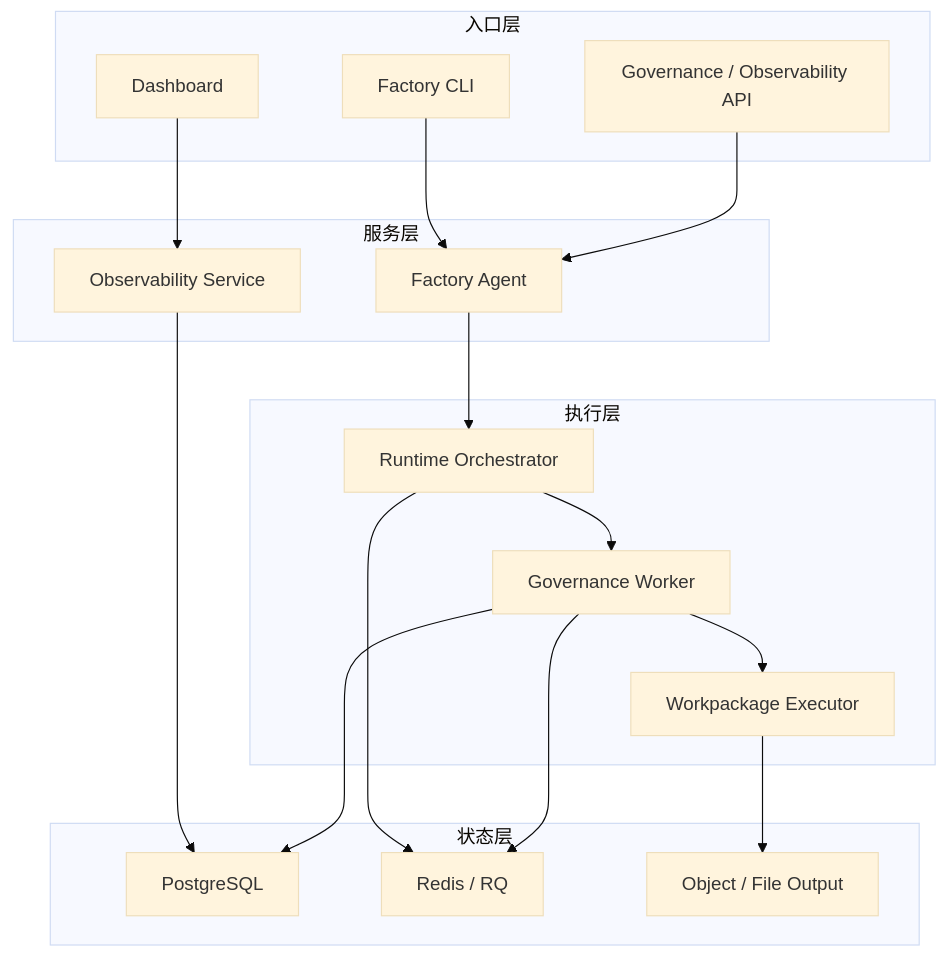
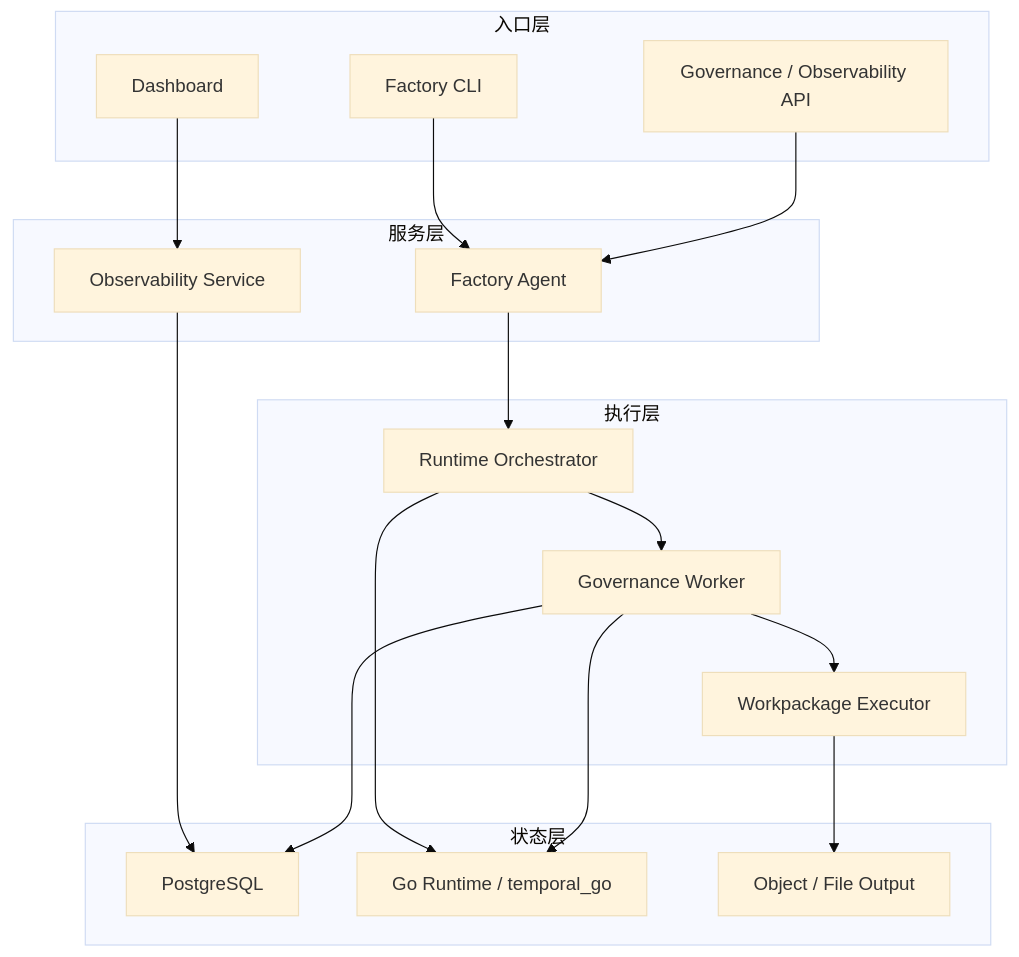
One commit to dony-hu/spatial-intelligence-data-factory changed the diagram in docs/07_系统运行与运维/系统部署架构.md. Above: the diagram before and after it, drawn with Mermaid (base theme). The commit also changed other lines of this file and 15 other files, not shown here.

````diff
--- a/docs/07_系统运行与运维/系统部署架构.md
+++ b/docs/07_系统运行与运维/系统部署架构.md
@@ -23,37 +23,37 @@
 ```mermaid
 flowchart TD
   subgraph EDGE["入口层"]
     CLI["Factory CLI"]
     API["Governance / Observability API"]
     UI["Dashboard"]
   end
 
   subgraph SVC["服务层"]
     AGENT["Factory Agent"]
     OBSAPI["Observability Service"]
   end
 
   subgraph RUN["执行层"]
     ORCH["Runtime Orchestrator"]
     WORKER["Governance Worker"]
     EXEC["Workpackage Executor"]
   end
 
   subgraph STATE["状态层"]
     PG["PostgreSQL"]
-    REDIS["Redis / RQ"]
+    WF["Go Runtime / temporal_go"]
     OUT["Object / File Output"]
   end
 
   CLI --> AGENT
   API --> AGENT
   UI --> OBSAPI
   AGENT --> ORCH
   OBSAPI --> PG
   ORCH --> WORKER
-  ORCH --> REDIS
+  ORCH --> WF
   WORKER --> EXEC
-  WORKER --> REDIS
+  WORKER --> WF
   WORKER --> PG
   EXEC --> OUT
 ```
````
